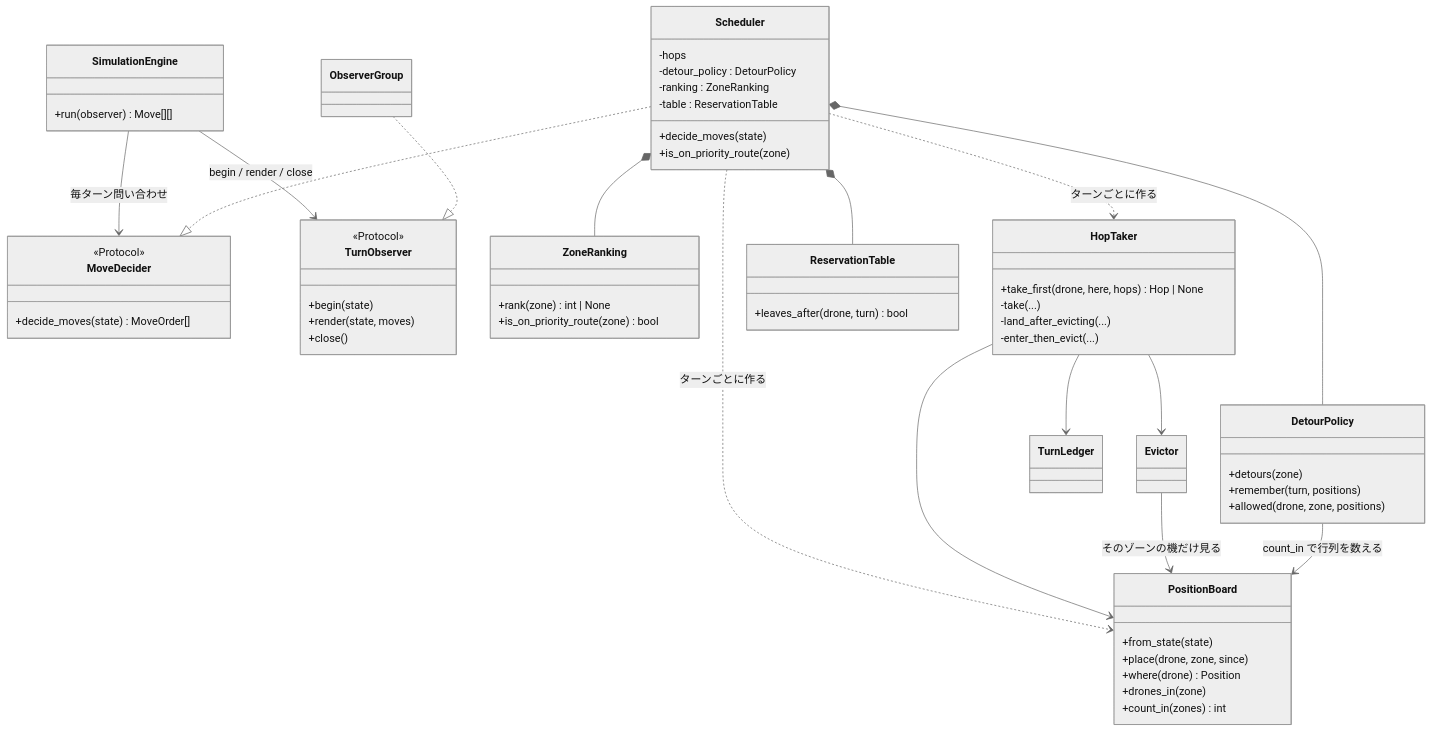
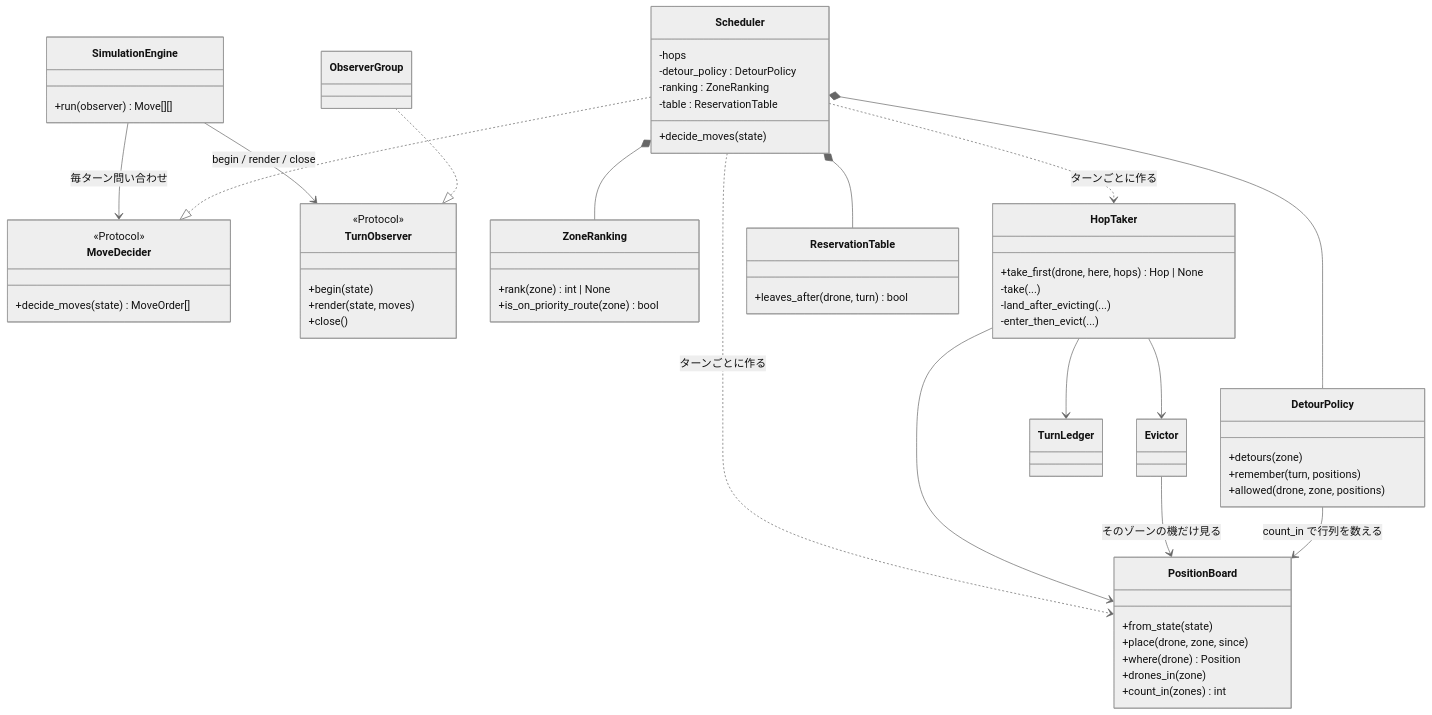
The first of 2 diagrams in docs/research/2026-10-21_workflow-refactor-review.md (saikawakiruya-droid/fly_in), drawn with Mermaid (neutral theme) before and after one commit. The commit also changed other lines of this file, not shown here.

````diff
--- a/docs/research/2026-10-21_workflow-refactor-review.md
+++ b/docs/research/2026-10-21_workflow-refactor-review.md
@@ -28,67 +28,66 @@
 ```mermaid
 classDiagram
     class SimulationEngine {
         +run(observer) Move[][]
     }
     class MoveDecider {
         <<Protocol>>
         +decide_moves(state) MoveOrder[]
     }
     class TurnObserver {
         <<Protocol>>
         +begin(state)
         +render(state, moves)
         +close()
     }
     class ObserverGroup
     class Scheduler {
         -hops
         -detour_policy : DetourPolicy
         -ranking : ZoneRanking
         -table : ReservationTable
         +decide_moves(state)
-        +is_on_priority_route(zone)
     }
     class ZoneRanking {
         +rank(zone) int | None
         +is_on_priority_route(zone) bool
     }
     class HopTaker {
         +take_first(drone, here, hops) Hop | None
         -take(...)
         -land_after_evicting(...)
         -enter_then_evict(...)
     }
     class DetourPolicy {
         +detours(zone)
         +remember(turn, positions)
         +allowed(drone, zone, positions)
     }
     class PositionBoard {
         +from_state(state)
         +place(drone, zone, since)
         +where(drone) Position
         +drones_in(zone)
         +count_in(zones) int
     }
     class Evictor
     class TurnLedger
     class ReservationTable {
         +leaves_after(drone, turn) bool
     }
 
     SimulationEngine --> MoveDecider : 毎ターン問い合わせ
     SimulationEngine --> TurnObserver : begin / render / close
     ObserverGroup ..|> TurnObserver
     Scheduler ..|> MoveDecider
     Scheduler *-- ZoneRanking
     Scheduler *-- DetourPolicy
     Scheduler *-- ReservationTable
     Scheduler ..> HopTaker : ターンごとに作る
     Scheduler ..> PositionBoard : ターンごとに作る
     HopTaker --> TurnLedger
     HopTaker --> Evictor
     HopTaker --> PositionBoard
     Evictor --> PositionBoard : そのゾーンの機だけ見る
     DetourPolicy --> PositionBoard : count_in で行列を数える
 ```
````
